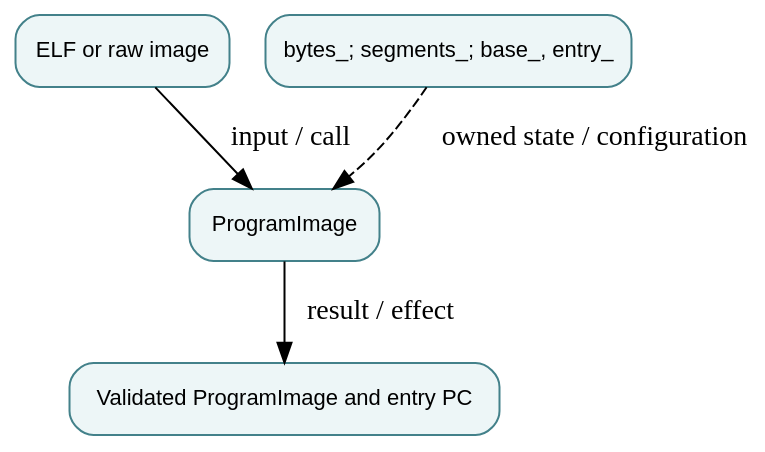
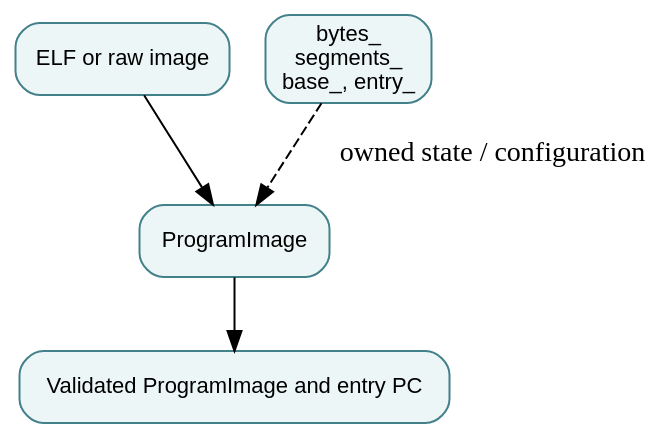
Before and after one commit to qsbit-org/qsbit-sim: the diagram in docs/modules/elf-loader-and-program-image.md, drawn with Graphviz. The commit also changed other lines of this file and 41 other files, not shown here.

````diff
--- a/docs/modules/elf-loader-and-program-image.md
+++ b/docs/modules/elf-loader-and-program-image.md
@@ -17,11 +15,11 @@
 ```{graphviz}
 digraph module {
   rankdir=TB; bgcolor="transparent";
   node [shape=box, style="rounded,filled", fillcolor="#edf6f7", color="#43818a", fontname="sans-serif", fontsize=11];
   input [label="ELF or raw image"];
   owner [label="ProgramImage"];
-  state [label="bytes_; segments_; base_, entry_"];
+  state [label="bytes_\nsegments_\nbase_, entry_"];
   output [label="Validated ProgramImage and entry PC"];
-  input -> owner [label="input / call"]; owner -> output [label="result / effect"]; state -> owner [style=dashed, label="owned state / configuration"];
+  input -> owner; owner -> output; state -> owner [style=dashed, label="owned state / configuration"];
 }
 ```
````
